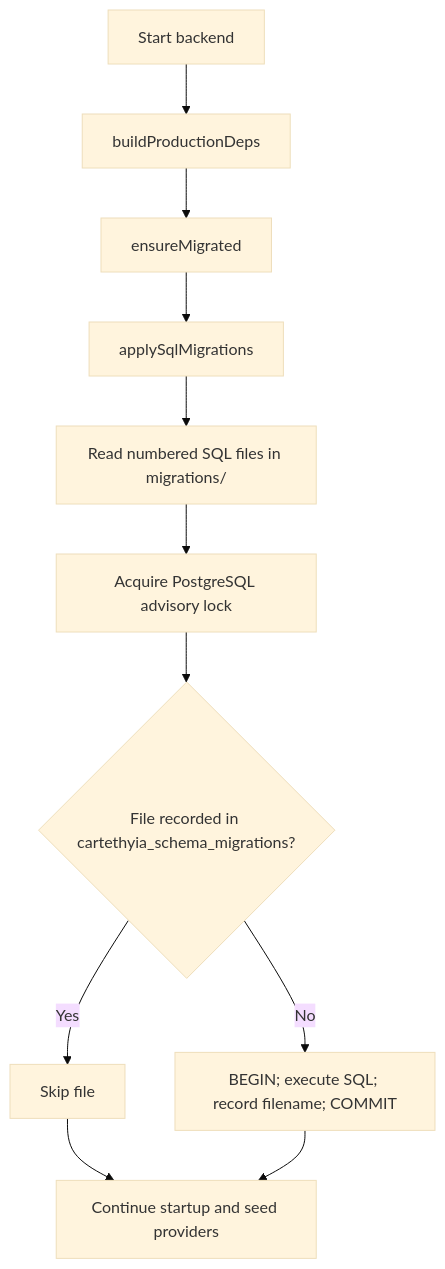
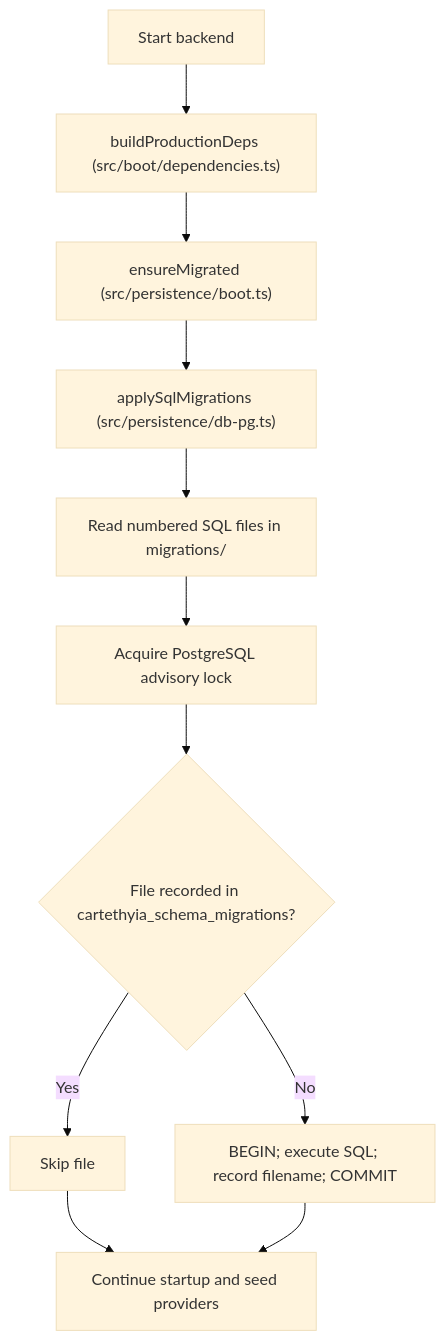
One commit to Khimsaja/cartethyia-custom changed the diagram in migrations/README.md. Above: the diagram before and after it, drawn with Mermaid (base theme). The commit also changed other lines of this file and 14 other files, not shown here.

````diff
--- a/migrations/README.md
+++ b/migrations/README.md
@@ -5,13 +5,13 @@
 ```mermaid
 flowchart TD
-    A[Start backend] --> B[buildProductionDeps]
-    B --> C[ensureMigrated]
-    C --> D[applySqlMigrations]
+    A[Start backend] --> B["buildProductionDeps (src/boot/dependencies.ts)"]
+    B --> C["ensureMigrated (src/persistence/boot.ts)"]
+    C --> D["applySqlMigrations (src/persistence/db-pg.ts)"]
     D --> E[Read numbered SQL files in migrations/]
     E --> F[Acquire PostgreSQL advisory lock]
     F --> G{File recorded in cartethyia_schema_migrations?}
     G -- Yes --> H[Skip file]
     G -- No --> I[BEGIN; execute SQL; record filename; COMMIT]
     H --> J[Continue startup and seed providers]
     I --> J
 ```
````
